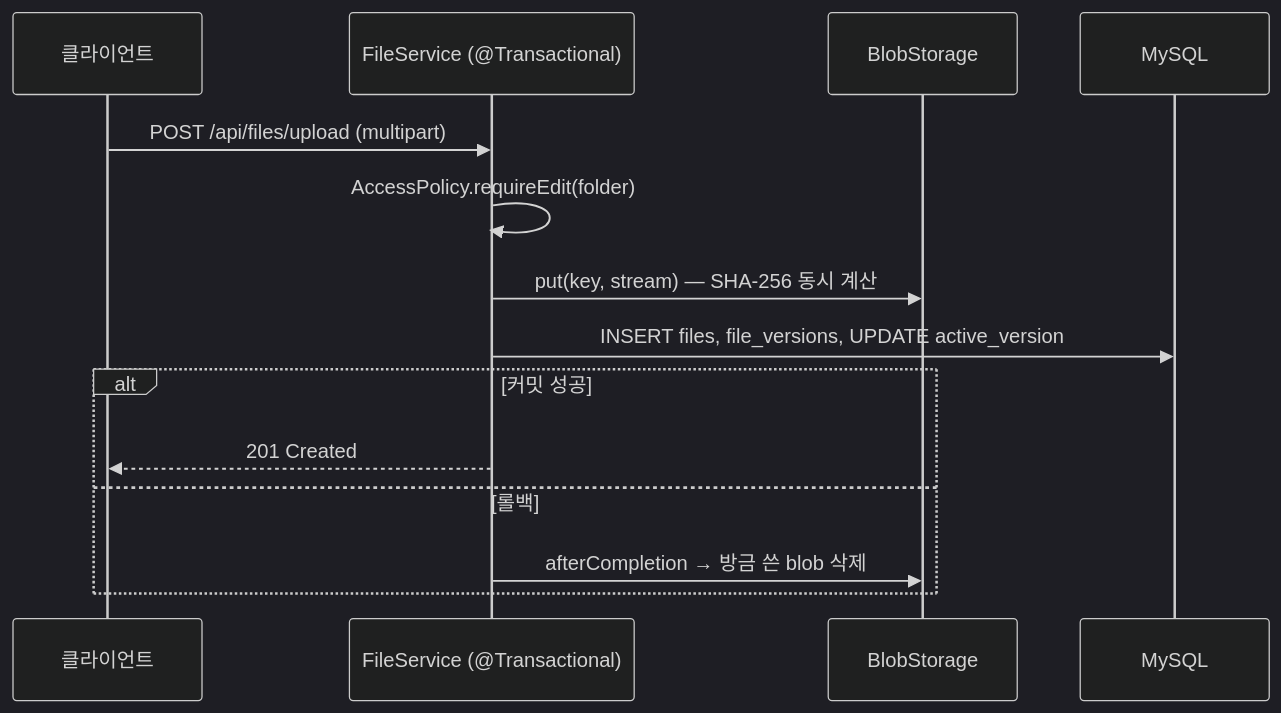
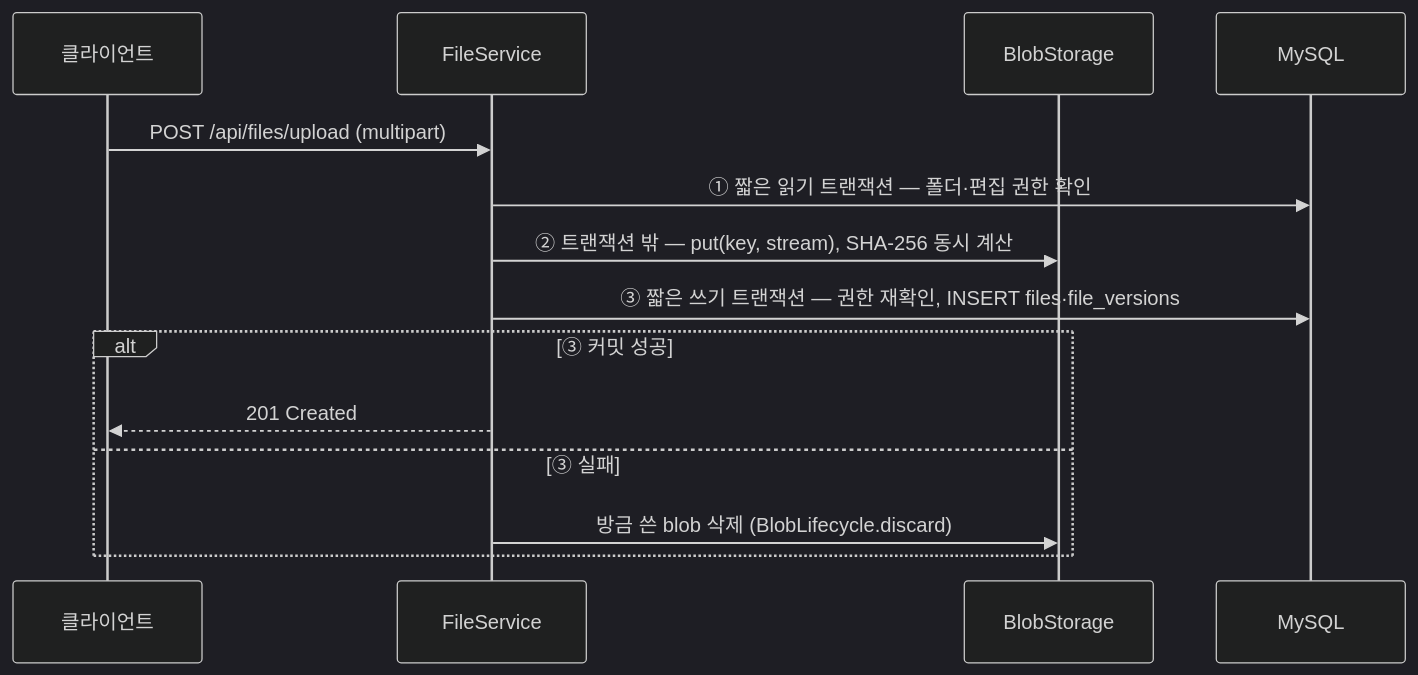
The third of 4 diagrams in docs/ARCHITECTURE.md (Jinyoung-Kang/Web_Smartcollab_Project_2025_v2), drawn with Mermaid (dark theme) before and after one commit. The commit also changed other lines of this file and 8 other files, not shown here.

````diff
--- a/docs/ARCHITECTURE.md
+++ b/docs/ARCHITECTURE.md
@@ -99,16 +99,16 @@
 ```mermaid
 sequenceDiagram
     participant C as 클라이언트
-    participant S as FileService (@Transactional)
+    participant S as FileService
     participant B as BlobStorage
     participant D as MySQL
     C->>S: POST /api/files/upload (multipart)
-    S->>S: AccessPolicy.requireEdit(folder)
-    S->>B: put(key, stream) — SHA-256 동시 계산
-    S->>D: INSERT files, file_versions, UPDATE active_version
-    alt 커밋 성공
+    S->>D: ① 짧은 읽기 트랜잭션 — 폴더·편집 권한 확인
+    S->>B: ② 트랜잭션 밖 — put(key, stream), SHA-256 동시 계산
+    S->>D: ③ 짧은 쓰기 트랜잭션 — 권한 재확인, INSERT files·file_versions
+    alt ③ 커밋 성공
         S-->>C: 201 Created
-    else 롤백
-        S->>B: afterCompletion → 방금 쓴 blob 삭제
+    else ③ 실패
+        S->>B: 방금 쓴 blob 삭제 (BlobLifecycle.discard)
     end
 ```
````
